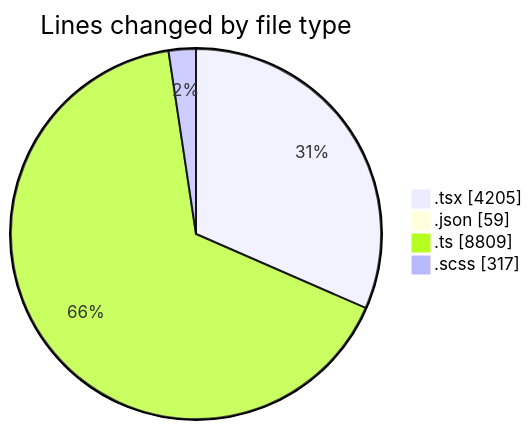
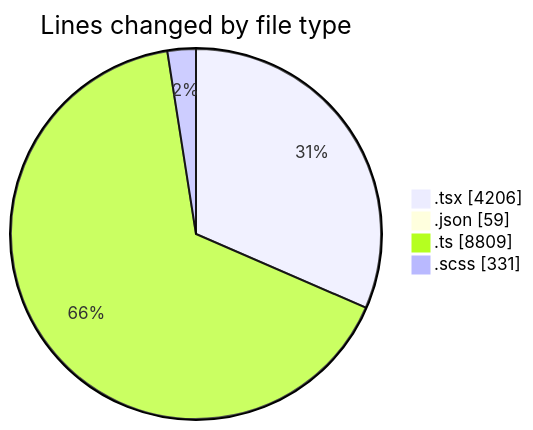
The first of 2 diagrams in 2025-11-24/cda/README.md (momahboobian/code-tracking), drawn with Mermaid before and after one commit. The commit also changed other lines of this file and 1 other file, not shown here.

````diff
--- a/2025-11-24/cda/README.md
+++ b/2025-11-24/cda/README.md
@@ -35,8 +35,8 @@
 ```mermaid
 pie showData
 title Lines changed by file type
-".tsx" : 4205
+".tsx" : 4206
 ".json" : 59
 ".ts" : 8809
-".scss" : 317
+".scss" : 331
 ```
````
